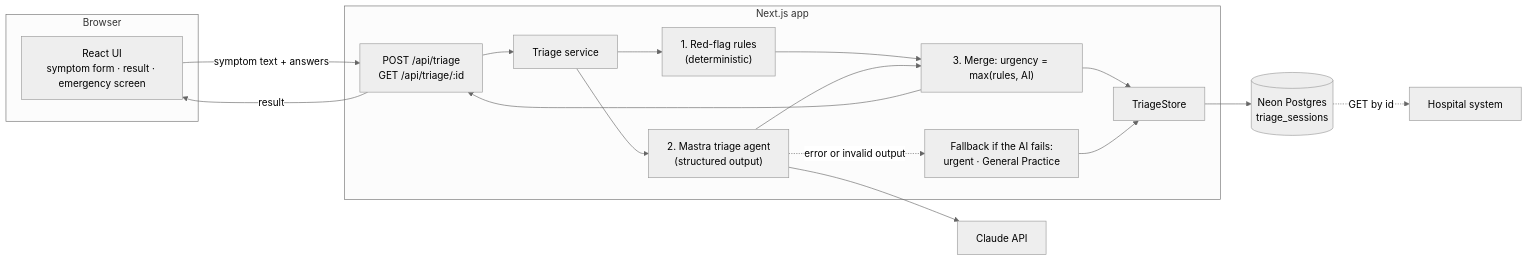
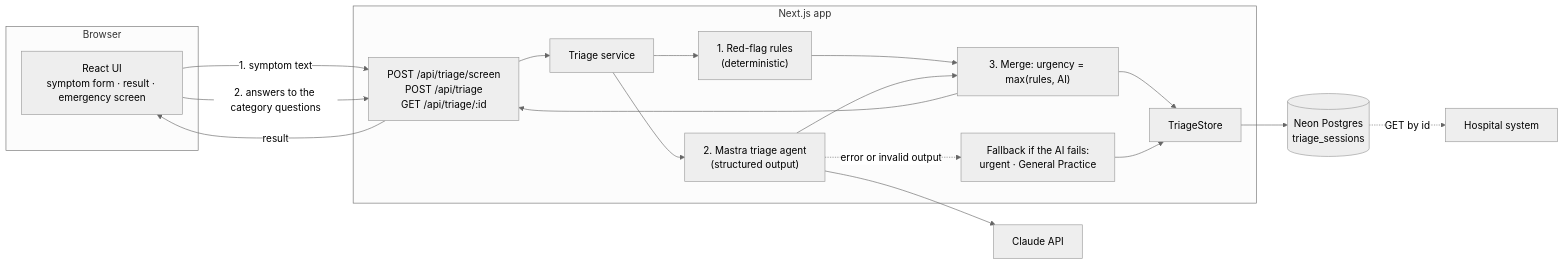
One commit to Tim-Smet/healthcare-triage changed the diagram in ARCHITECTURE.md. Above: the diagram before and after it, drawn with Mermaid (neutral theme). The commit also changed other lines of this file and 25 other files, not shown here.

First line of the commit message:
Screen the symptom text first and ask category-specific questions

````diff
--- a/ARCHITECTURE.md
+++ b/ARCHITECTURE.md
@@ -3,31 +3,32 @@
 ```mermaid
 flowchart LR
   subgraph Browser
     UI["React UI<br/>symptom form · result · emergency screen"]
   end
 
   subgraph Next["Next.js app"]
-    API["POST /api/triage<br/>GET /api/triage/:id"]
+    API["POST /api/triage/screen<br/>POST /api/triage<br/>GET /api/triage/:id"]
     SVC["Triage service"]
     RULES["1. Red-flag rules<br/>(deterministic)"]
     AGENT["2. Mastra triage agent<br/>(structured output)"]
     MERGE["3. Merge: urgency = max(rules, AI)"]
     FALLBACK["Fallback if the AI fails:<br/>urgent · General Practice"]
     STORE["TriageStore"]
   end
 
   LLM["Claude API"]
   DB[("Neon Postgres<br/>triage_sessions")]
   HOSP["Hospital system"]
 
-  UI -->|symptom text + answers| API
+  UI -->|1. symptom text| API
+  UI -->|2. answers to the category questions| API
   API --> SVC --> RULES --> MERGE
   SVC --> AGENT --> LLM
   AGENT --> MERGE
   AGENT -.->|error or invalid output| FALLBACK
   MERGE --> STORE
   FALLBACK --> STORE
   STORE --> DB
   MERGE --> API -->|result| UI
   DB -.->|GET by id| HOSP
 ```
````
